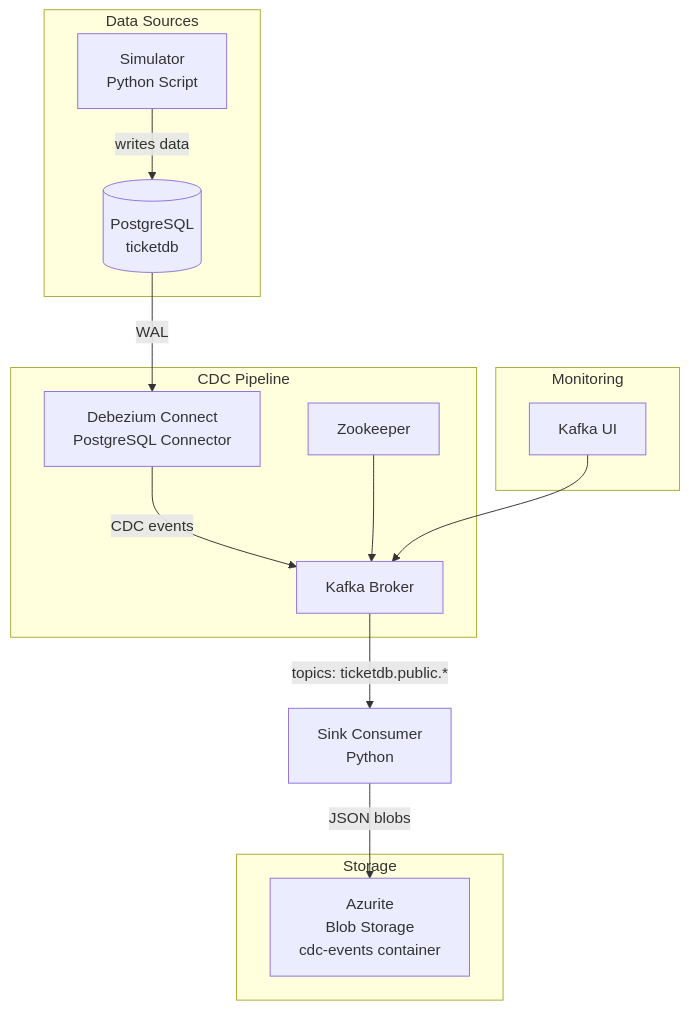
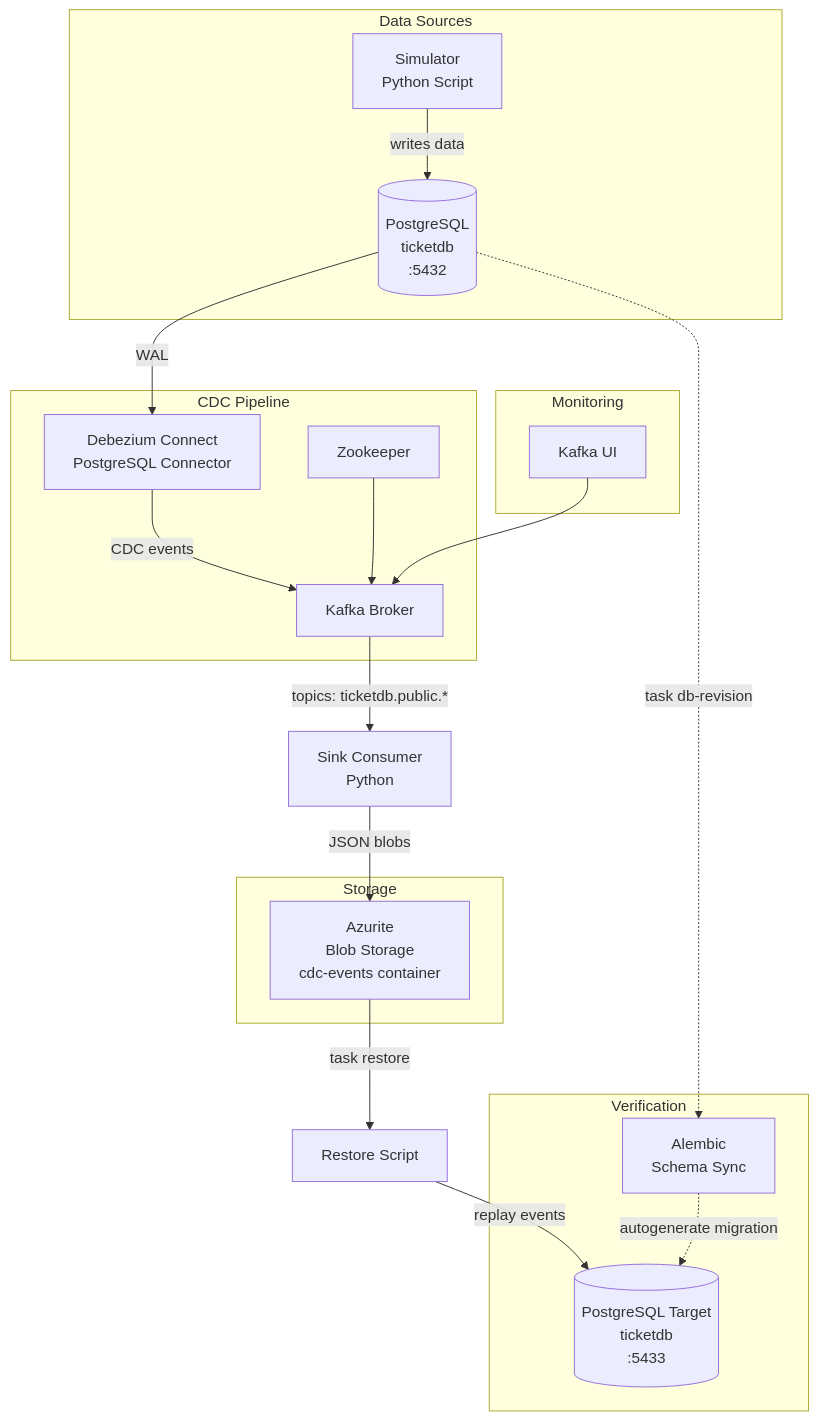
The first of 6 diagrams in ARCHITECTURE.md (luiscanaveral/kata-database-change-data-capture), drawn with Mermaid before and after one commit. The commit also changed other lines of this file and 1 other file, not shown here.

Commit message:
added doc about restore

````diff
--- a/ARCHITECTURE.md
+++ b/ARCHITECTURE.md
@@ -5,29 +5,40 @@
 ```mermaid
 graph TB
     subgraph "Data Sources"
         SIM[Simulator<br/>Python Script]
-        PG[(PostgreSQL<br/>ticketdb)]
+        PG[(PostgreSQL<br/>ticketdb<br/>:5432)]
     end
 
     subgraph "CDC Pipeline"
         ZK[Zookeeper]
         K[Kafka Broker]
         DC[Debezium Connect<br/>PostgreSQL Connector]
     end
 
     subgraph "Storage"
         AZ[Azurite<br/>Blob Storage<br/>cdc-events container]
+    end
+
+    subgraph "Verification"
+        TGT[(PostgreSQL Target<br/>ticketdb<br/>:5433)]
+        AL[Alembic<br/>Schema Sync]
     end
 
     subgraph "Monitoring"
         UI[Kafka UI]
     end
 
     SIM -->|writes data| PG
     PG -->|WAL| DC
     DC -->|CDC events| K
     K -->|topics: ticketdb.public.*| SINK[Sink Consumer<br/>Python]
     SINK -->|JSON blobs| AZ
     ZK --> K
     UI --> K
+
+    AZ -->|task restore| RESTORE[Restore Script]
+    RESTORE -->|replay events| TGT
+
+    PG -.->|task db-revision| AL
+    AL -.->|autogenerate migration| TGT
 ```
````
